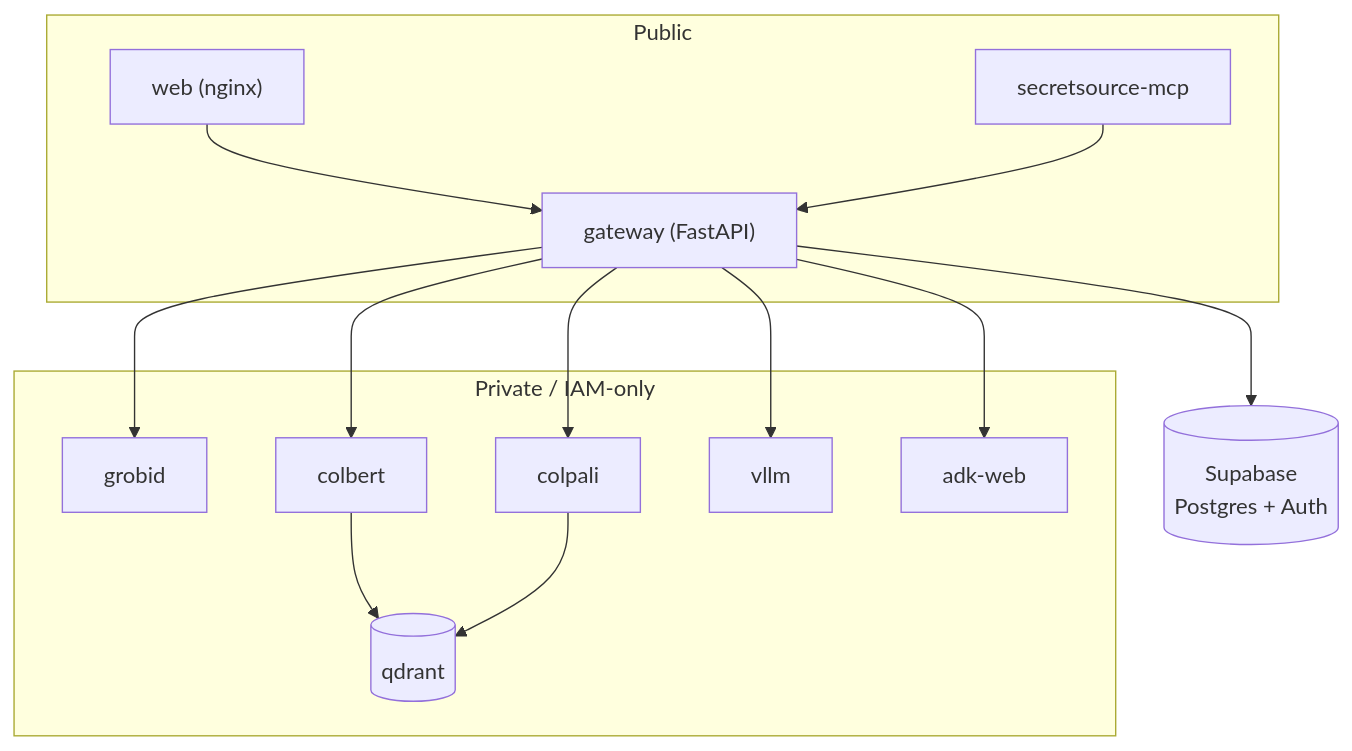
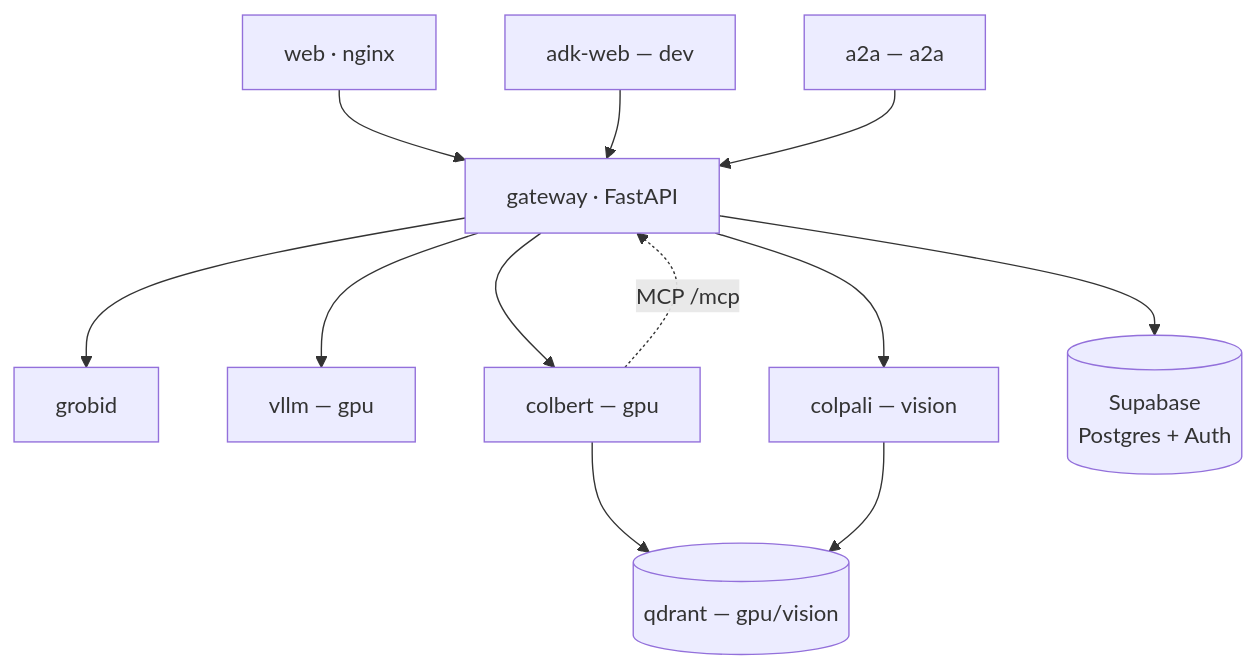
Before and after one commit to ZenithGeeks/SecretSource-prototype: the ninth of 9 diagrams in docs/diagrams.md, drawn with Mermaid. The commit also changed other lines of this file and 2 other files, not shown here.

First line of the commit message:
docs: correct agent + deployment diagrams against the code

````diff
--- a/docs/diagrams.md
+++ b/docs/diagrams.md
@@ -277,24 +283,22 @@
 ```mermaid
 flowchart TB
-  subgraph Public
-    web["web (nginx)"]
-    gateway["gateway (FastAPI)"]
-    mcp["secretsource-mcp"]
-  end
-  subgraph Private["Private / IAM-only"]
-    grobid["grobid"]
-    colbert["colbert"]
-    colpali["colpali"]
-    qdrant[("qdrant")]
-    vllm["vllm"]
-    adkweb["adk-web"]
-  end
+  web["web · nginx"]
+  gateway["gateway · FastAPI"]
+  grobid["grobid"]
+  vllm["vllm — gpu"]
+  colbert["colbert — gpu"]
+  colpali["colpali — vision"]
+  qdrant[("qdrant — gpu/vision")]
+  adkweb["adk-web — dev"]
+  a2a["a2a — a2a"]
   ext[("Supabase<br/>Postgres + Auth")]
 
   web --> gateway
-  gateway --> grobid & colbert & colpali & vllm & adkweb
+  gateway --> grobid & colbert & colpali & vllm
   colbert --> qdrant
   colpali --> qdrant
+  colbert -. MCP /mcp .-> gateway
   gateway --> ext
-  mcp --> gateway
+  adkweb --> gateway
+  a2a --> gateway
 ```
````
